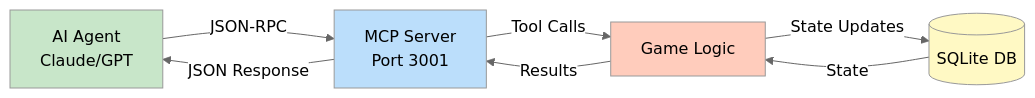
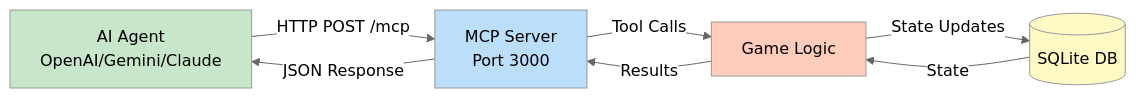
Before and after one commit to softwarewrighter/game-mcp-poc: the first of 4 diagrams in wiki/MCP-Integration.md, drawn with Mermaid (neutral theme). The commit also changed other lines of this file and 33 other files, not shown here.

````diff
--- a/wiki/MCP-Integration.md
+++ b/wiki/MCP-Integration.md
@@ -9,14 +13,14 @@
 ```mermaid
 graph LR
-    A[AI Agent<br/>Claude/GPT] -->|JSON-RPC| B[MCP Server<br/>Port 3001]
+    A[AI Agent<br/>OpenAI/Gemini/Claude] -->|HTTP POST /mcp| B[MCP Server<br/>Port 3000]
     B -->|Tool Calls| C[Game Logic]
     C -->|State Updates| D[(SQLite DB)]
     D -->|State| C
     C -->|Results| B
     B -->|JSON Response| A
 
     style A fill:#c8e6c9
     style B fill:#bbdefb
     style C fill:#ffccbc
     style D fill:#fff9c4
 ```
````
